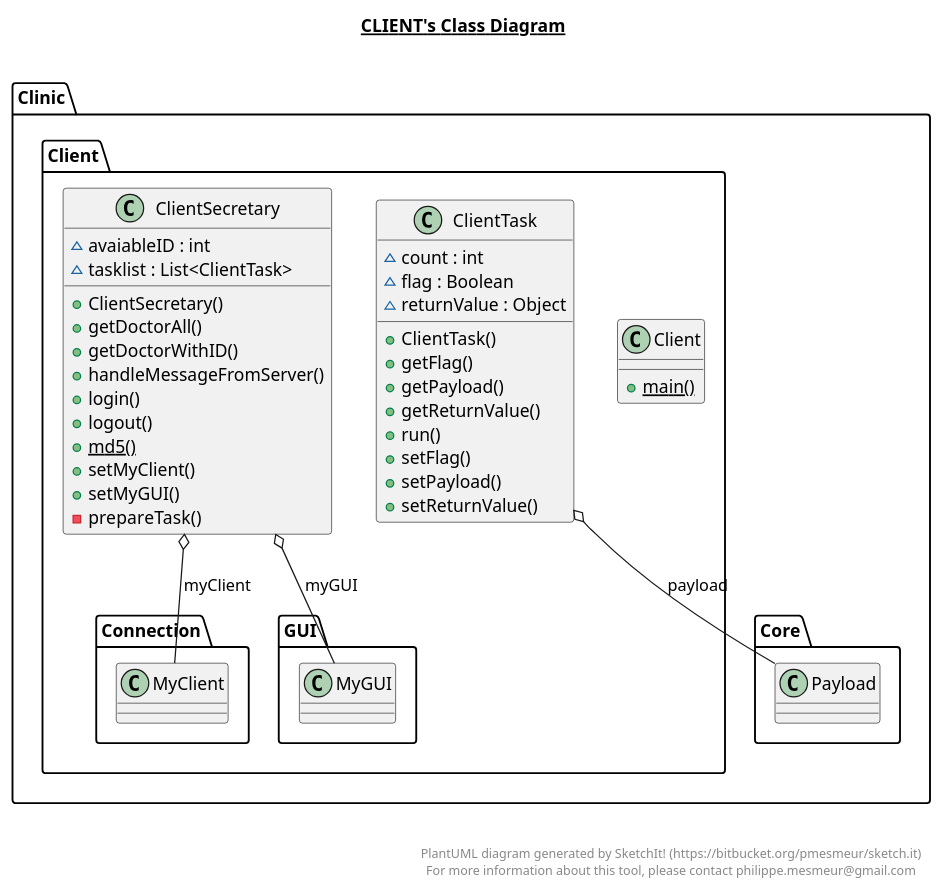
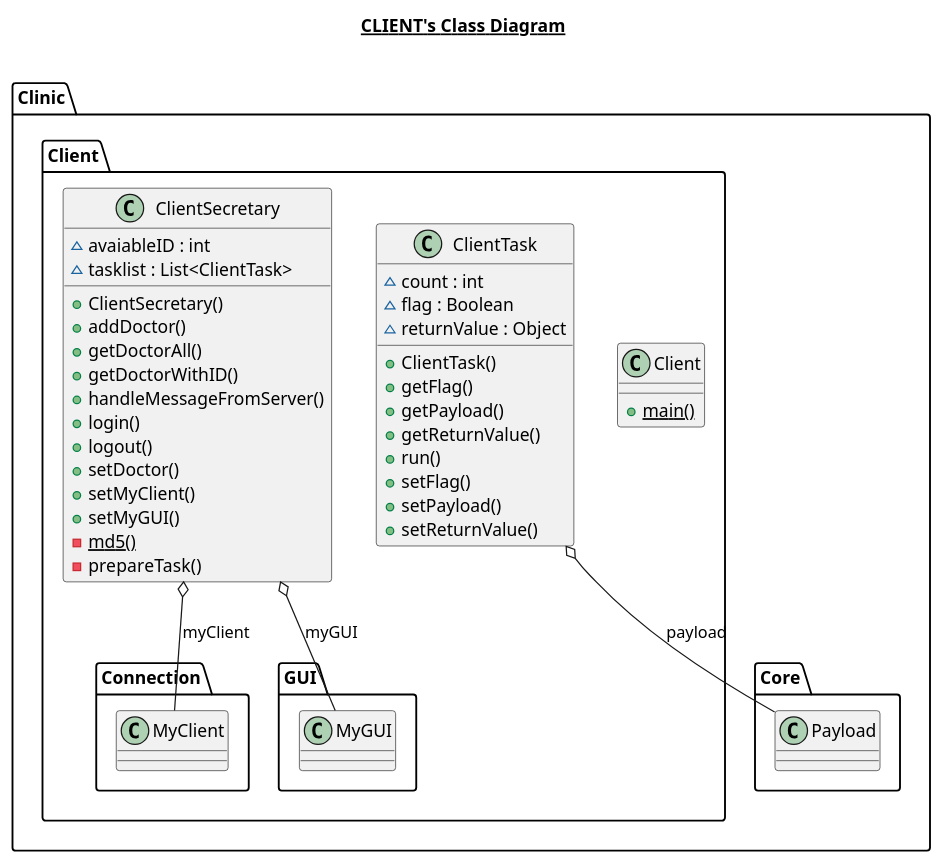
The diagram in src/Clinic/Client/Client.plantuml (AidanJohnston/Omar), drawn with PlantUML before and after one commit. The commit also changed 7 other files, not shown here.

Commit message:
Refactored uml diagrams

```diff
--- a/src/Clinic/Client/Client.plantuml
+++ b/src/Clinic/Client/Client.plantuml
@@ -1,59 +1,54 @@
 @startuml
 
 title __CLIENT's Class Diagram__\n
 
   namespace Clinic.Client {
     class Clinic.Client.Client {
         {static} + main()
     }
   }
   
 
   namespace Clinic.Client {
     class Clinic.Client.ClientSecretary {
         ~ avaiableID : int
         ~ tasklist : List<ClientTask>
         + ClientSecretary()
+        + addDoctor()
         + getDoctorAll()
         + getDoctorWithID()
         + handleMessageFromServer()
         + login()
         + logout()
-        {static} + md5()
+        + setDoctor()
         + setMyClient()
         + setMyGUI()
+        {static} - md5()
         - prepareTask()
     }
   }
   
 
   namespace Clinic.Client {
     class Clinic.Client.ClientTask {
         ~ count : int
         ~ flag : Boolean
         ~ returnValue : Object
         + ClientTask()
         + getFlag()
         + getPayload()
         + getReturnValue()
         + run()
         + setFlag()
         + setPayload()
         + setReturnValue()
     }
   }
   
 
   Clinic.Client.ClientSecretary o-- Clinic.Client.Connection.MyClient : myClient
   Clinic.Client.ClientSecretary o-- Clinic.Client.GUI.MyGUI : myGUI
   Clinic.Client.ClientTask o-- Clinic.Core.Payload : payload
 
 
-right footer
-
-
-PlantUML diagram generated by SketchIt! (https://bitbucket.org/pmesmeur/sketch.it)
-For more information about this tool, please contact philippe.mesmeur@gmail.com
-endfooter
-
 @enduml
```
